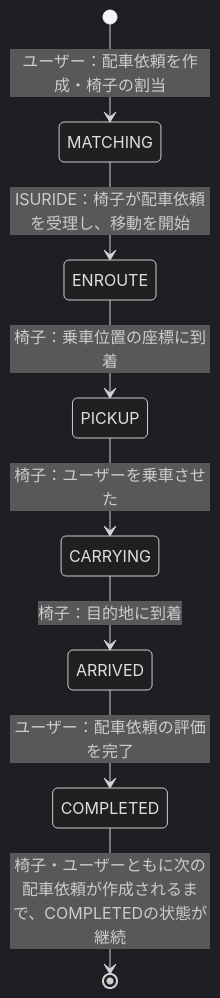
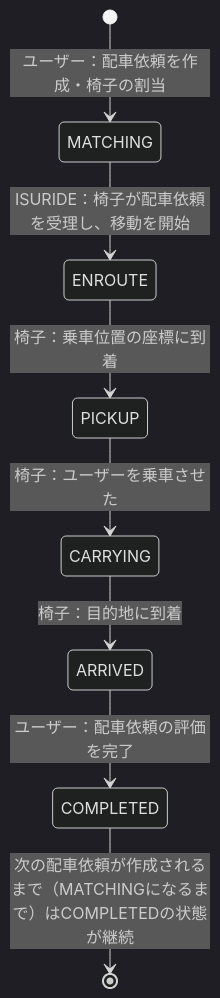
Before and after one commit to suguru03/isucon14: the diagram in docs/ISURIDE.md, drawn with Mermaid (dark theme).

Commit message:
修正

````diff
--- a/docs/ISURIDE.md
+++ b/docs/ISURIDE.md
@@ -54,10 +54,10 @@
 ```mermaid
 stateDiagram-v2 
   [*] --> MATCHING: ユーザー：配車依頼を作成・椅子の割当
   MATCHING --> ENROUTE: ISURIDE：椅子が配車依頼を受理し、移動を開始
   ENROUTE --> PICKUP: 椅子：乗車位置の座標に到着
   PICKUP --> CARRYING: 椅子：ユーザーを乗車させた
   CARRYING --> ARRIVED: 椅子：目的地に到着
   ARRIVED --> COMPLETED: ユーザー：配車依頼の評価を完了
-  COMPLETED --> [*]: 椅子・ユーザーともに次の配車依頼が作成されるまで、COMPLETEDの状態が継続
+  COMPLETED --> [*]: 次の配車依頼が作成されるまで（MATCHINGになるまで）はCOMPLETEDの状態が継続
 ```
````
